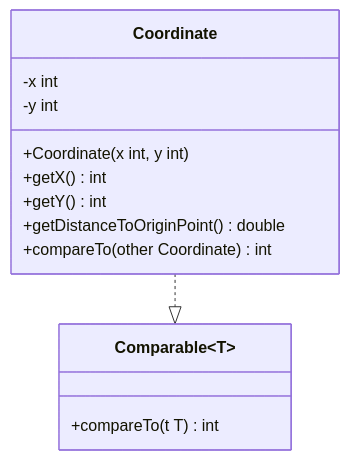
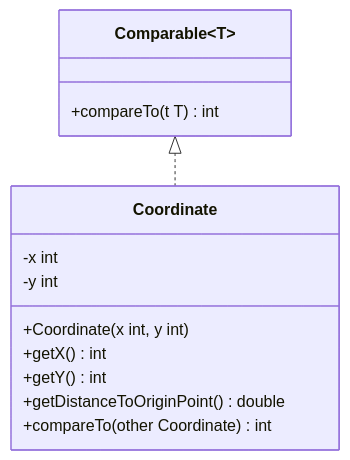
The diagram in docs/exercises/comparators/comparators01.md (jappuccini/java-docs), drawn with Mermaid before and after one commit.

````diff
--- a/docs/exercises/comparators/comparators01.md
+++ b/docs/exercises/comparators/comparators01.md
@@ -13,18 +13,18 @@
 ```mermaid
 classDiagram
-    Coordinate ..|> Comparable~T~
+    Comparable~T~ <|.. Coordinate
 
     class Coordinate {
         -x int
         -y int
         +Coordinate(x int, y int)
         +getX() int
         +getY() int
         +getDistanceToOriginPoint() double
         +compareTo(other Coordinate) int
     }
 
     class Comparable~T~ {
         +compareTo(t T) int
     }
 ```
````
